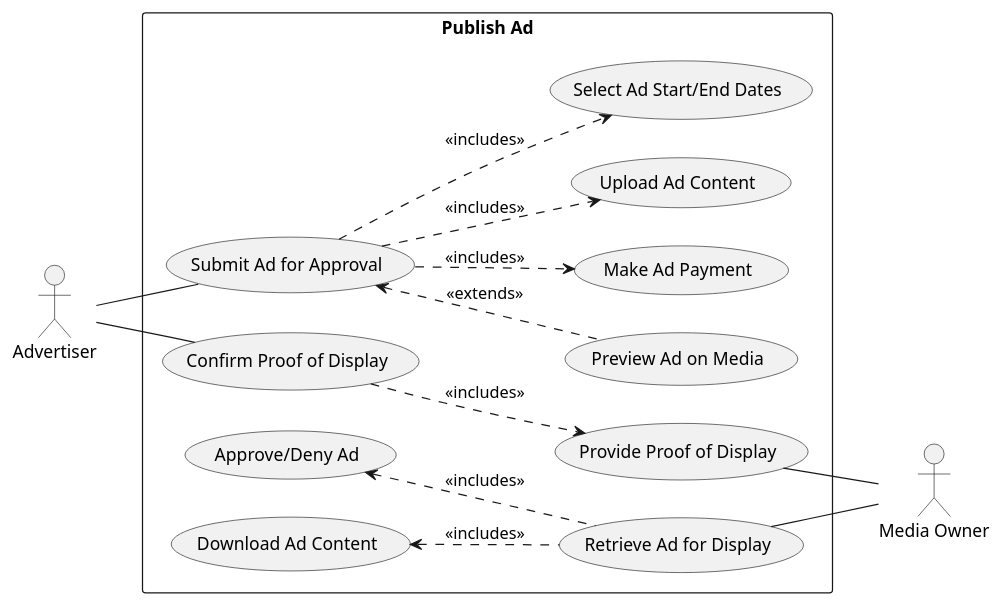
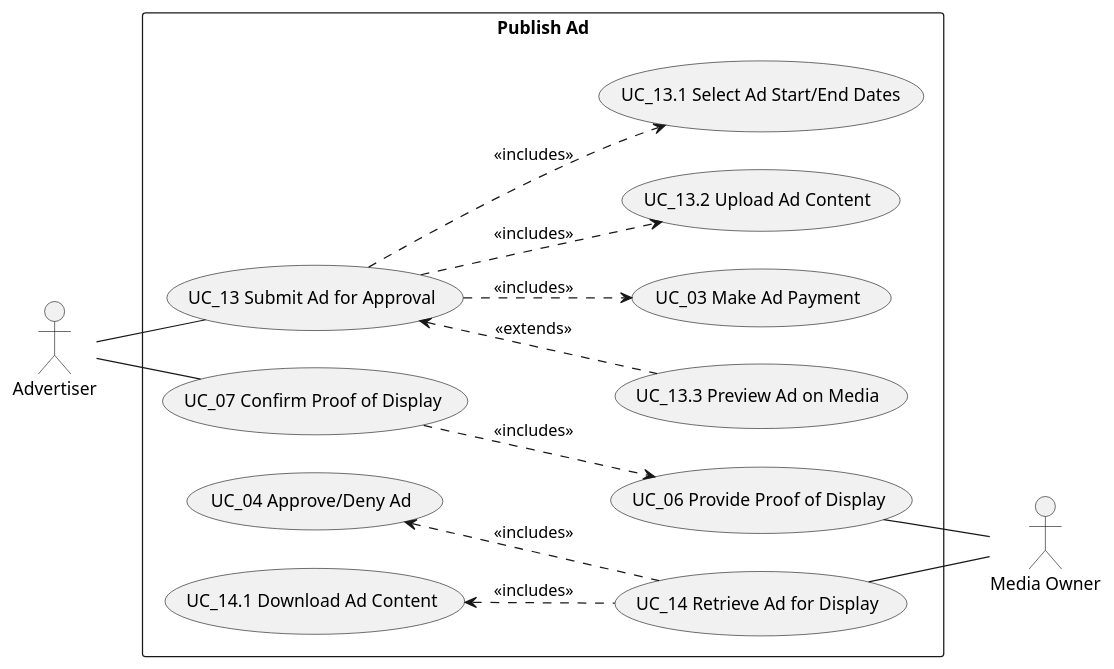
One commit to anvsult/envision-ad changed the diagram in docs/diagrams/use-case-publish-ad.puml. Above: the diagram before and after it, drawn with PlantUML. The commit also changed 1 other file, not shown here.

```diff
--- a/docs/diagrams/use-case-publish-ad.puml
+++ b/docs/diagrams/use-case-publish-ad.puml
@@ -1,47 +1,47 @@
 @startuml
 left to right direction
 
 ' --- Increase spacing and make the box larger test ---
 skinparam ranksep 40
 skinparam nodesep 30
 skinparam rectangle {
   Padding 40
   Margin 40
 }
 
 actor Advertiser as ADV
 actor "Media Owner" as MO
 
 rectangle "Publish Ad" {
 ' --- Advertiser use cases ---
-  usecase "Preview Ad on Media" as Preview
-  usecase "Submit Ad for Approval" as Submit
-  usecase "Confirm Proof of Display" as ConfirmProof
-  usecase "Make Ad Payment" as Pay
-  usecase "Upload Ad Content" as UploadContent
-  usecase "Select Ad Start/End Dates" as SelectDates
+  usecase "UC_13.3 Preview Ad on Media" as Preview
+  usecase "UC_13 Submit Ad for Approval" as Submit
+  usecase "UC_07 Confirm Proof of Display" as ConfirmProof
+  usecase "UC_03 Make Ad Payment" as Pay
+  usecase "UC_13.2 Upload Ad Content" as UploadContent
+  usecase "UC_13.1 Select Ad Start/End Dates" as SelectDates
 
   ' --- Media Owner use cases ---
-  usecase "Approve/Deny Ad" as ApproveAd
-  usecase "Download Ad Content" as DownloadContent
-  usecase "Provide Proof of Display" as ProvideProof
-  usecase "Retrieve Ad for Display" as DisplayAd
+  usecase "UC_04 Approve/Deny Ad" as ApproveAd
+  usecase "UC_14.1 Download Ad Content" as DownloadContent
+  usecase "UC_06 Provide Proof of Display" as ProvideProof
+  usecase "UC_14 Retrieve Ad for Display" as DisplayAd
 
   ' --- Actor connections ---
   ADV -- Submit
   ADV -- ConfirmProof
 
   DisplayAd -- MO
   ProvideProof  -- MO
 
   ' --- Relationships  ---
   Submit <.. Preview : <<extends>>
   Submit ..> SelectDates : <<includes>>
   Submit ..> UploadContent : <<includes>>
   Submit ..> Pay : <<includes>>
   ConfirmProof ..> ProvideProof  : <<includes>>
   DownloadContent <.. DisplayAd : <<includes>>
   ApproveAd <.. DisplayAd : <<includes>>
 
 }
 @enduml
```
